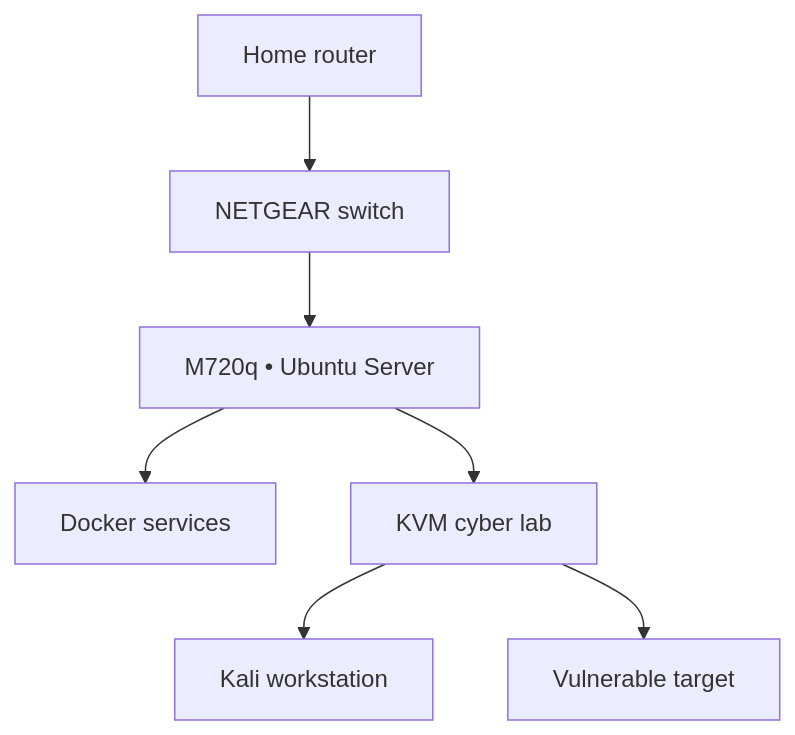
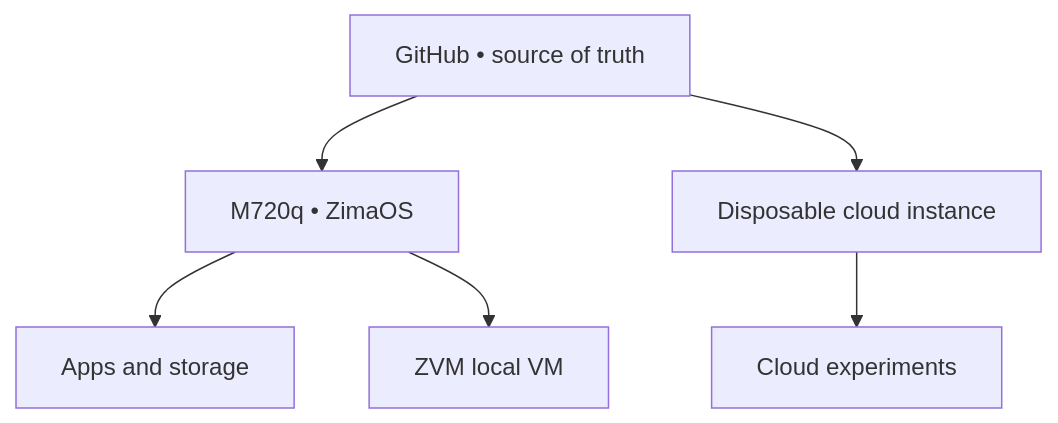
The diagram in README.md (Vewiser/vision-node-prototype), drawn with Mermaid before and after one commit. The commit also changed other lines of this file, not shown here.

Commit message:
docs: revise README.md for ZimaOS architecture

````diff
--- a/README.md
+++ b/README.md
@@ -28,9 +29,8 @@
 ```mermaid
 flowchart TD
-    R["Home router"] --> S["NETGEAR switch"]
-    S --> V["M720q • Ubuntu Server"]
-    V --> D["Docker services"]
-    V --> K["KVM cyber lab"]
-    K --> A["Kali workstation"]
-    K --> T["Vulnerable target"]
+    G["GitHub • source of truth"] --> Z["M720q • ZimaOS"]
+    G --> C["Disposable cloud instance"]
+    Z --> A["Apps and storage"]
+    Z --> V["ZVM local VM"]
+    C --> E["Cloud experiments"]
 ```
````
